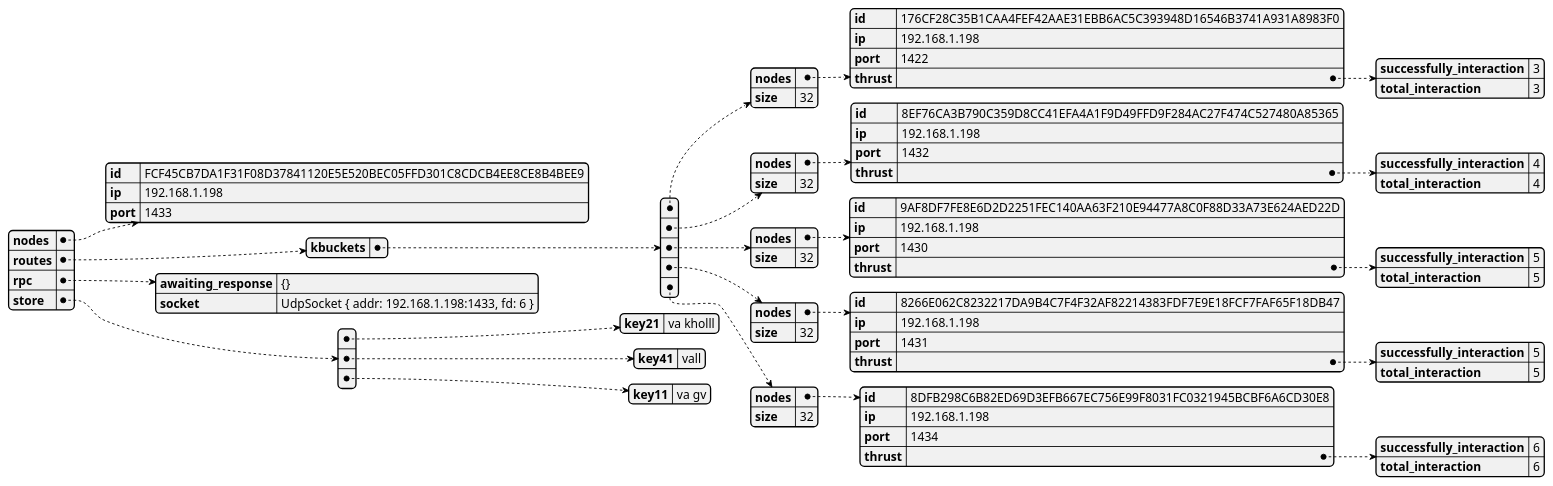
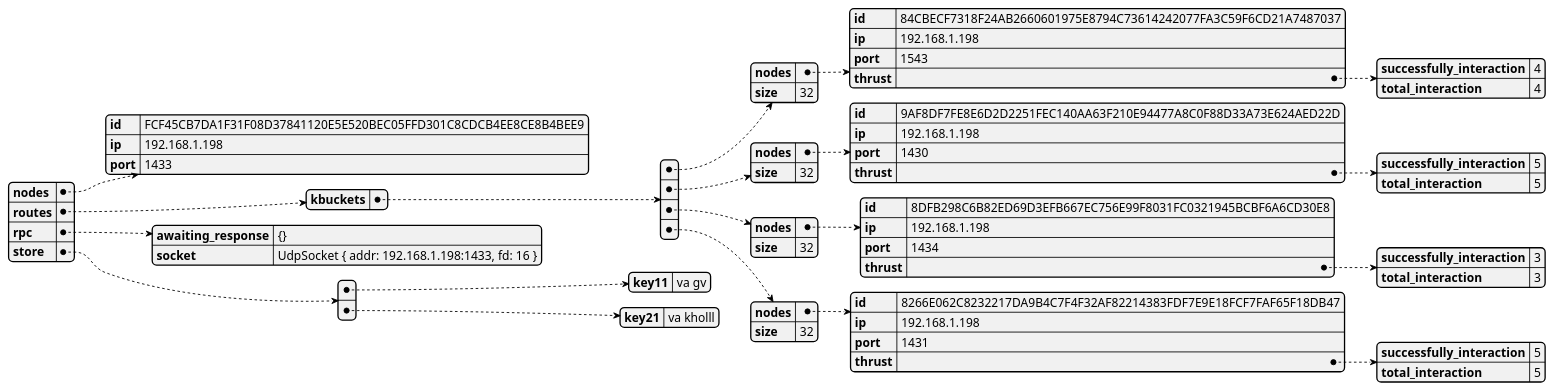
One commit to GoliathHagar/distributed_legder_kademlia changed the diagram in src/distributed_legder/state_dumps/test-contact-3.json.plantuml. Above: the diagram before and after it, drawn with PlantUML. The commit also changed 23 other files, not shown here.

```diff
--- a/src/distributed_legder/state_dumps/test-contact-3.json.plantuml
+++ b/src/distributed_legder/state_dumps/test-contact-3.json.plantuml
@@ -1,3 +1,3 @@
 @startjson
-{"nodes":{"id":"FCF45CB7DA1F31F08D37841120E5E520BEC05FFD301C8CDCB4EE8CE8B4BEE9","ip":"192.168.1.198","port":1433},"routes":{"kbuckets":[{"nodes":{"id":"176CF28C35B1CAA4FEF42AAE31EBB6AC5C393948D16546B3741A931A8983F0","ip":"192.168.1.198","port":1422,"thrust":{"successfully_interaction":3,"total_interaction":3}},"size":32},{"nodes":{"id":"8EF76CA3B790C359D8CC41EFA4A1F9D49FFD9F284AC27F474C527480A85365","ip":"192.168.1.198","port":1432,"thrust":{"successfully_interaction":4,"total_interaction":4}},"size":32},{"nodes":{"id":"9AF8DF7FE8E6D2D2251FEC140AA63F210E94477A8C0F88D33A73E624AED22D","ip":"192.168.1.198","port":1430,"thrust":{"successfully_interaction":5,"total_interaction":5}},"size":32},{"nodes":{"id":"8266E062C8232217DA9B4C7F4F32AF82214383FDF7E9E18FCF7FAF65F18DB47","ip":"192.168.1.198","port":1431,"thrust":{"successfully_interaction":5,"total_interaction":5}},"size":32},{"nodes":{"id":"8DFB298C6B82ED69D3EFB667EC756E99F8031FC0321945BCBF6A6CD30E8","ip":"192.168.1.198","port":1434,"thrust":{"successfully_interaction":6,"total_interaction":6}},"size":32}]},"rpc":{"awaiting_response":"{}","socket":"UdpSocket { addr: 192.168.1.198:1433, fd: 6 }"},"store":[{"key21":"va kholll"},{"key41":"vall"},{"key11":"va gv"}]}
+{"nodes":{"id":"FCF45CB7DA1F31F08D37841120E5E520BEC05FFD301C8CDCB4EE8CE8B4BEE9","ip":"192.168.1.198","port":1433},"routes":{"kbuckets":[{"nodes":{"id":"84CBECF7318F24AB2660601975E8794C73614242077FA3C59F6CD21A7487037","ip":"192.168.1.198","port":1543,"thrust":{"successfully_interaction":4,"total_interaction":4}},"size":32},{"nodes":{"id":"9AF8DF7FE8E6D2D2251FEC140AA63F210E94477A8C0F88D33A73E624AED22D","ip":"192.168.1.198","port":1430,"thrust":{"successfully_interaction":5,"total_interaction":5}},"size":32},{"nodes":{"id":"8DFB298C6B82ED69D3EFB667EC756E99F8031FC0321945BCBF6A6CD30E8","ip":"192.168.1.198","port":1434,"thrust":{"successfully_interaction":3,"total_interaction":3}},"size":32},{"nodes":{"id":"8266E062C8232217DA9B4C7F4F32AF82214383FDF7E9E18FCF7FAF65F18DB47","ip":"192.168.1.198","port":1431,"thrust":{"successfully_interaction":5,"total_interaction":5}},"size":32}]},"rpc":{"awaiting_response":"{}","socket":"UdpSocket { addr: 192.168.1.198:1433, fd: 16 }"},"store":[{"key11":"va gv"},{"key21":"va kholll"}]}
 @endjson
```
